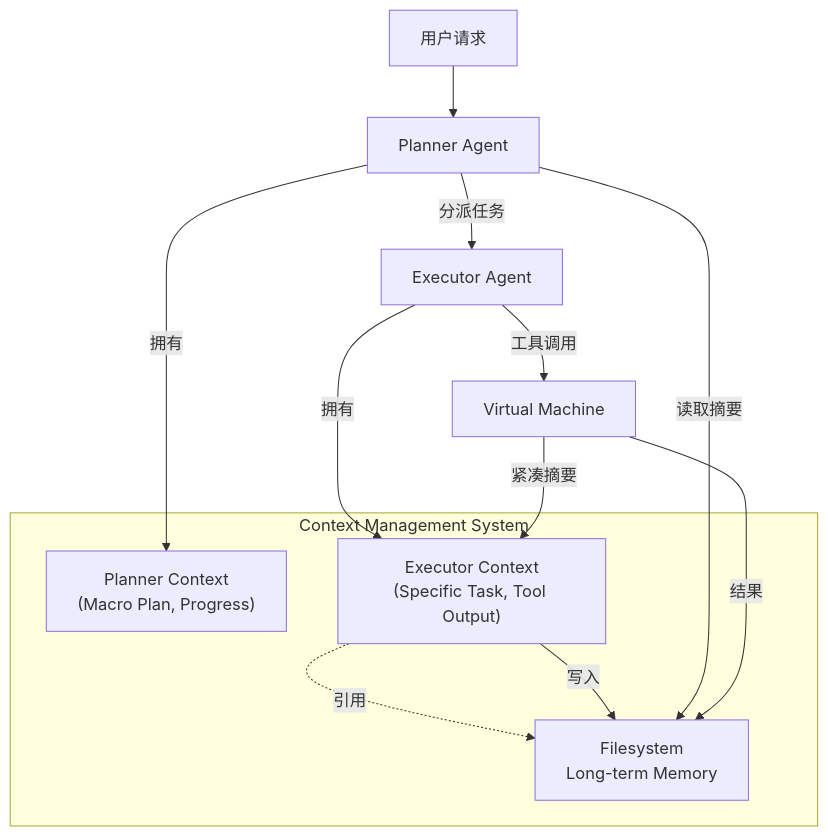
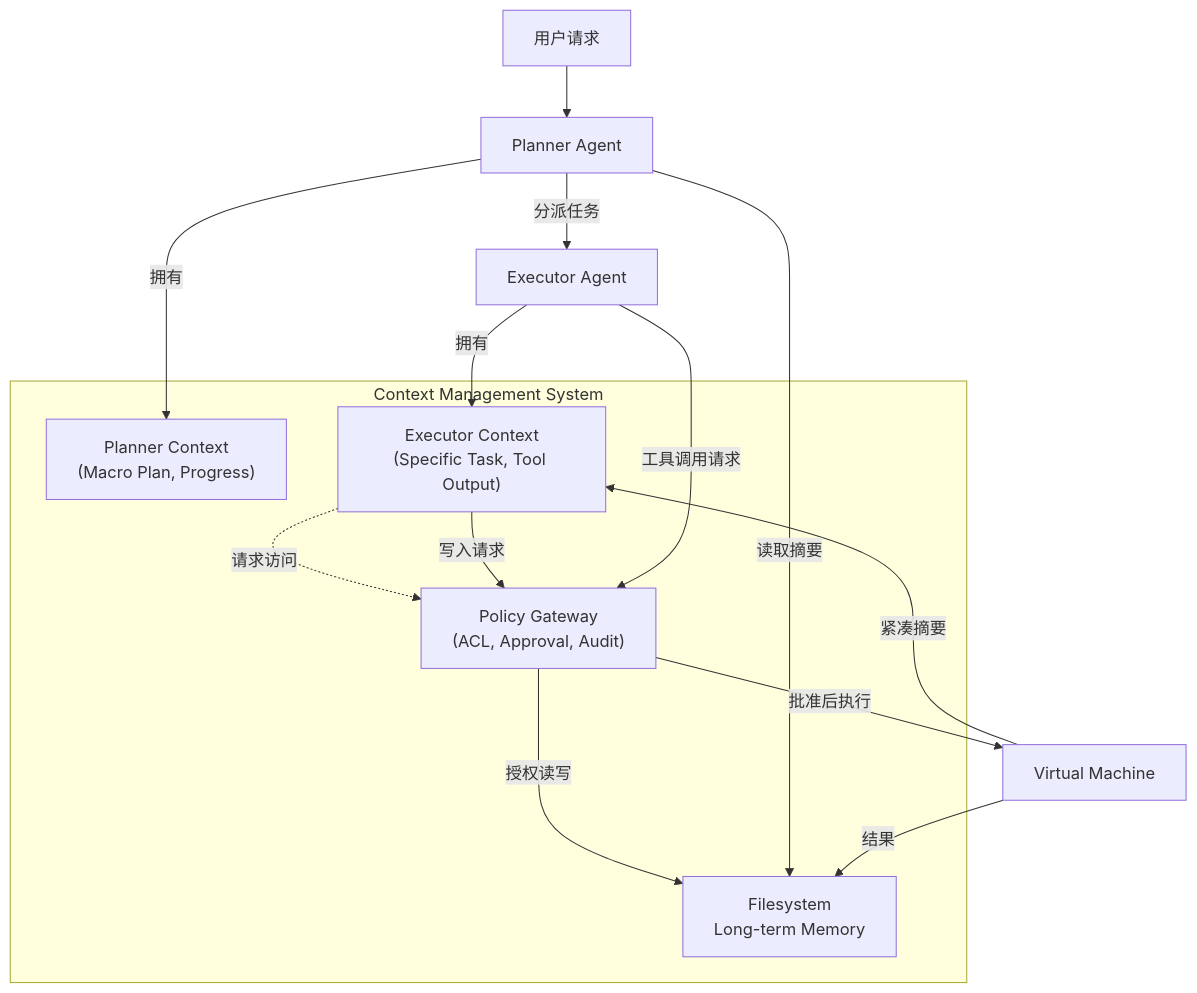
Before and after one commit to yeasy/context_engineering_guide: the diagram in 13_cases/13.5_generalist_agent.md, drawn with Mermaid. The commit also changed other lines of this file and 33 other files, not shown here.

````diff
--- a/13_cases/13.5_generalist_agent.md
+++ b/13_cases/13.5_generalist_agent.md
@@ -53,23 +61,26 @@
 ```mermaid
 graph TB
     User[用户请求] --> Planner[Planner Agent]
 
     subgraph "Context Management System"
-        planner_mem["Planner Context<br/>(Macro Plan, Progress)"]
-        executor_mem["Executor Context<br/>(Specific Task, Tool Output)"]
+    planner_mem["Planner Context<br/>(Macro Plan, Progress)"]
+    executor_mem["Executor Context<br/>(Specific Task, Tool Output)"]
+    policy["Policy Gateway<br/>(ACL, Approval, Audit)"]
 
-        fs["Filesystem<br/>Long-term Memory"]
+    fs["Filesystem<br/>Long-term Memory"]
     end
 
     Planner --拥有--> planner_mem
     Planner --分派任务--> Executor[Executor Agent]
     Executor --拥有--> executor_mem
 
-    executor_mem -.引用.-> fs
-    executor_mem --写入--> fs
+    executor_mem -.请求访问.-> policy
+    policy --授权读写--> fs
+    executor_mem --写入请求--> policy
 
     Planner --读取摘要--> fs
-    Executor --工具调用--> VM[Virtual Machine]
+    Executor --工具调用请求--> policy
+    policy --批准后执行--> VM[Virtual Machine]
     VM --结果--> fs
     VM --紧凑摘要--> executor_mem
 ```
````
